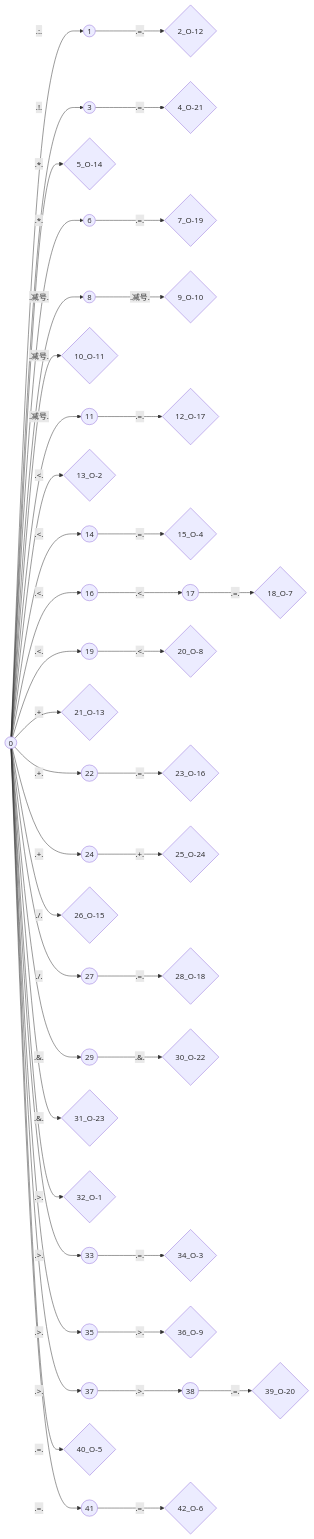
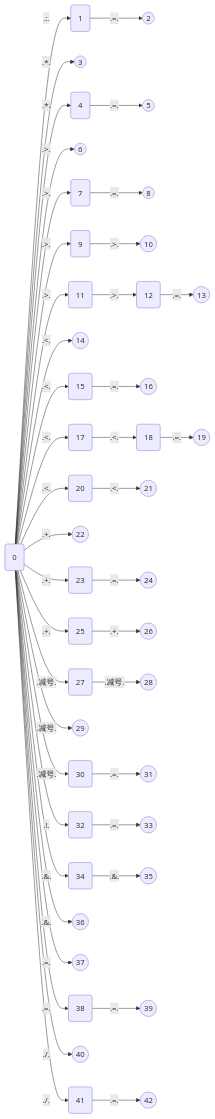
Before and after one commit to Lxy417165709/translater: the diagram in doc/gen/LexicalInformation/stateMachine/O 状态机.md, drawn with Mermaid. The commit also changed 26 other files, not shown here.

````diff
--- a/doc/gen/LexicalInformation/stateMachine/O 状态机.md
+++ b/doc/gen/LexicalInformation/stateMachine/O 状态机.md
@@ -1,45 +1,45 @@
 ```mermaid
 graph LR
-id:1((1)) -- .=. --> id:2{2_O-12}
-id:0((0)) -- .:. --> id:1((1))
-id:3((3)) -- .=. --> id:4{4_O-21}
-id:0((0)) -- .!. --> id:3((3))
-id:0((0)) -- .*. --> id:5{5_O-14}
-id:6((6)) -- .=. --> id:7{7_O-19}
-id:0((0)) -- .*. --> id:6((6))
-id:8((8)) -- .减号. --> id:9{9_O-10}
-id:0((0)) -- .减号. --> id:8((8))
-id:0((0)) -- .减号. --> id:10{10_O-11}
-id:11((11)) -- .=. --> id:12{12_O-17}
-id:0((0)) -- .减号. --> id:11((11))
-id:0((0)) -- .<. --> id:13{13_O-2}
-id:14((14)) -- .=. --> id:15{15_O-4}
-id:0((0)) -- .<. --> id:14((14))
-id:17((17)) -- .=. --> id:18{18_O-7}
-id:16((16)) -- .<. --> id:17((17))
-id:0((0)) -- .<. --> id:16((16))
-id:19((19)) -- .<. --> id:20{20_O-8}
-id:0((0)) -- .<. --> id:19((19))
-id:0((0)) -- .+. --> id:21{21_O-13}
-id:22((22)) -- .=. --> id:23{23_O-16}
-id:0((0)) -- .+. --> id:22((22))
-id:24((24)) -- .+. --> id:25{25_O-24}
-id:0((0)) -- .+. --> id:24((24))
-id:0((0)) -- ./. --> id:26{26_O-15}
-id:27((27)) -- .=. --> id:28{28_O-18}
-id:0((0)) -- ./. --> id:27((27))
-id:29((29)) -- .&. --> id:30{30_O-22}
-id:0((0)) -- .&. --> id:29((29))
-id:0((0)) -- .&. --> id:31{31_O-23}
-id:0((0)) -- .>. --> id:32{32_O-1}
-id:33((33)) -- .=. --> id:34{34_O-3}
-id:0((0)) -- .>. --> id:33((33))
-id:35((35)) -- .>. --> id:36{36_O-9}
-id:0((0)) -- .>. --> id:35((35))
-id:38((38)) -- .=. --> id:39{39_O-20}
-id:37((37)) -- .>. --> id:38((38))
-id:0((0)) -- .>. --> id:37((37))
-id:0((0)) -- .=. --> id:40{40_O-5}
-id:41((41)) -- .=. --> id:42{42_O-6}
-id:0((0)) -- .=. --> id:41((41))
+id:1(1) -- .=. --> id:2((2))
+id:0(0) -- .:. --> id:1(1)
+id:0(0) -- .*. --> id:3((3))
+id:4(4) -- .=. --> id:5((5))
+id:0(0) -- .*. --> id:4(4)
+id:0(0) -- .>. --> id:6((6))
+id:7(7) -- .=. --> id:8((8))
+id:0(0) -- .>. --> id:7(7)
+id:9(9) -- .>. --> id:10((10))
+id:0(0) -- .>. --> id:9(9)
+id:12(12) -- .=. --> id:13((13))
+id:11(11) -- .>. --> id:12(12)
+id:0(0) -- .>. --> id:11(11)
+id:0(0) -- .<. --> id:14((14))
+id:15(15) -- .=. --> id:16((16))
+id:0(0) -- .<. --> id:15(15)
+id:18(18) -- .=. --> id:19((19))
+id:17(17) -- .<. --> id:18(18)
+id:0(0) -- .<. --> id:17(17)
+id:20(20) -- .<. --> id:21((21))
+id:0(0) -- .<. --> id:20(20)
+id:0(0) -- .+. --> id:22((22))
+id:23(23) -- .=. --> id:24((24))
+id:0(0) -- .+. --> id:23(23)
+id:25(25) -- .+. --> id:26((26))
+id:0(0) -- .+. --> id:25(25)
+id:27(27) -- .减号. --> id:28((28))
+id:0(0) -- .减号. --> id:27(27)
+id:0(0) -- .减号. --> id:29((29))
+id:30(30) -- .=. --> id:31((31))
+id:0(0) -- .减号. --> id:30(30)
+id:32(32) -- .=. --> id:33((33))
+id:0(0) -- .!. --> id:32(32)
+id:34(34) -- .&. --> id:35((35))
+id:0(0) -- .&. --> id:34(34)
+id:0(0) -- .&. --> id:36((36))
+id:0(0) -- .=. --> id:37((37))
+id:38(38) -- .=. --> id:39((39))
+id:0(0) -- .=. --> id:38(38)
+id:0(0) -- ./. --> id:40((40))
+id:41(41) -- .=. --> id:42((42))
+id:0(0) -- ./. --> id:41(41)
 ```
````
